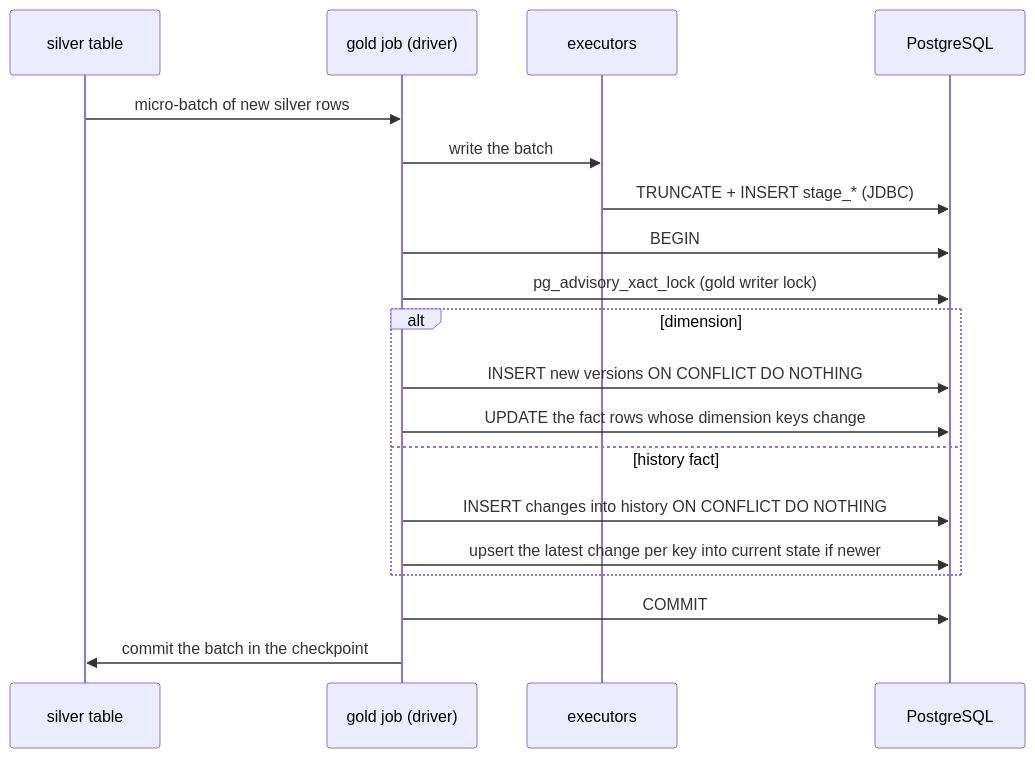
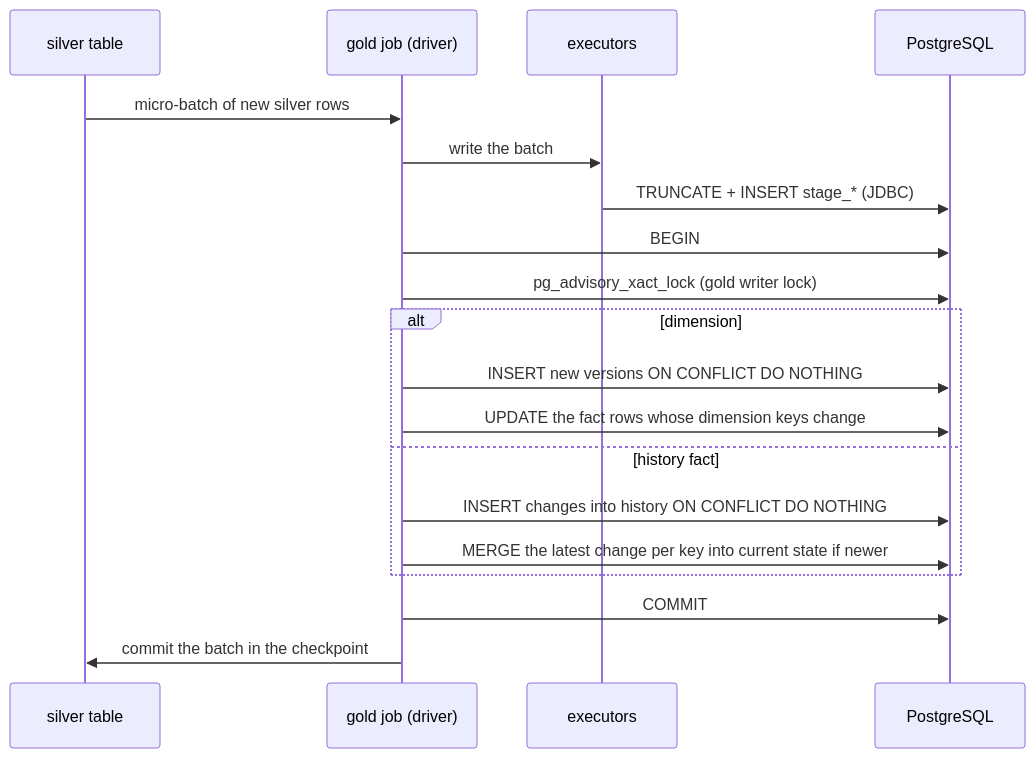
Before and after one commit to jonathan5p/deel-home-task: the second of 2 diagrams in docs/architecture/gold-model.md, drawn with Mermaid. The commit also changed other lines of this file and 3 other files, not shown here.

Commit message:
refactor(gold): merge the latest change of each key into the current-state tables with MERGE

````diff
--- a/docs/architecture/gold-model.md
+++ b/docs/architecture/gold-model.md
@@ -252,21 +252,21 @@
 ```mermaid
 sequenceDiagram
     participant S as silver table
     participant J as gold job (driver)
     participant X as executors
     participant P as PostgreSQL
     S->>J: micro-batch of new silver rows
     J->>X: write the batch
     X->>P: TRUNCATE + INSERT stage_* (JDBC)
     J->>P: BEGIN
     J->>P: pg_advisory_xact_lock (gold writer lock)
     alt dimension
         J->>P: INSERT new versions ON CONFLICT DO NOTHING
         J->>P: UPDATE the fact rows whose dimension keys change
     else history fact
         J->>P: INSERT changes into history ON CONFLICT DO NOTHING
-        J->>P: upsert the latest change per key into current state if newer
+        J->>P: MERGE the latest change per key into current state if newer
     end
     J->>P: COMMIT
     J->>S: commit the batch in the checkpoint
 ```
````
